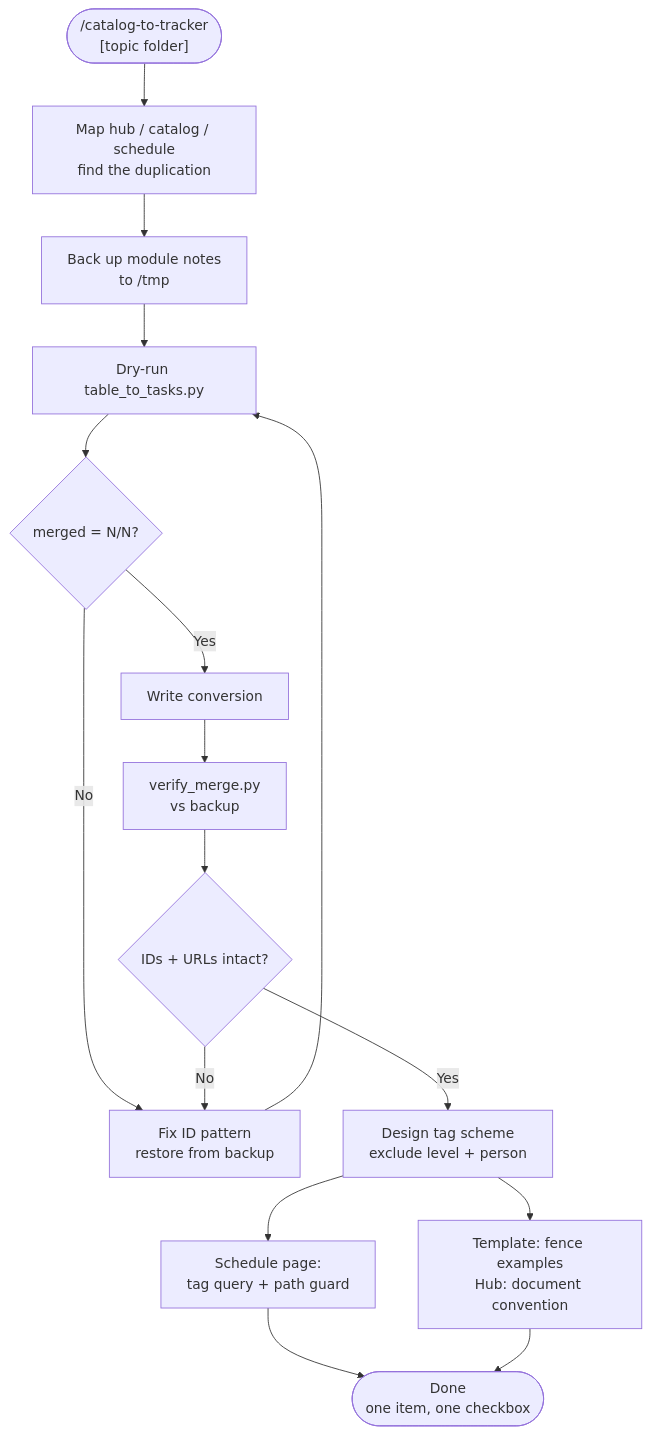
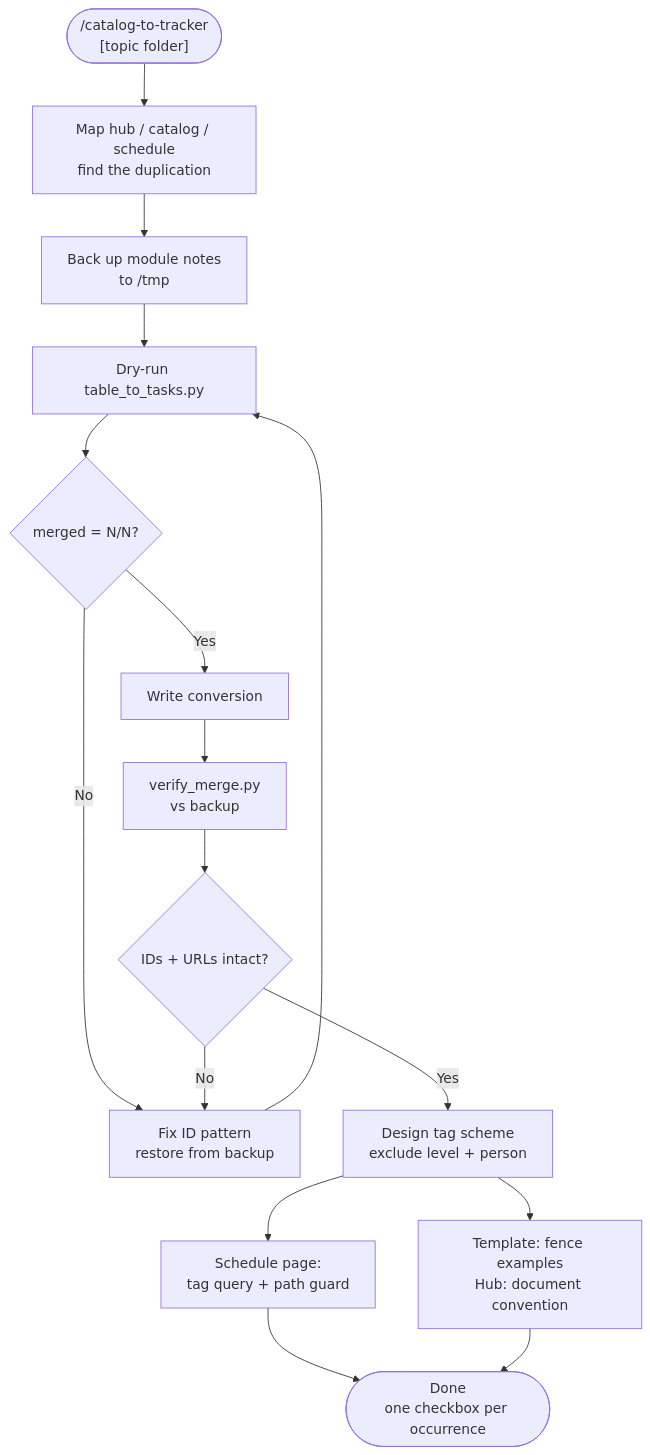
Before and after one commit to biomystery/claude-skills: the diagram in catalog-to-tracker/README.md, drawn with Mermaid. The commit also changed other lines of this file and 6 other files, not shown here.

````diff
--- a/catalog-to-tracker/README.md
+++ b/catalog-to-tracker/README.md
@@ -26,18 +31,18 @@
 ```mermaid
 flowchart TD
     A(["/catalog-to-tracker\n[topic folder]"]) --> B[Map hub / catalog / schedule\nfind the duplication]
     B --> C[Back up module notes\nto /tmp]
     C --> D[Dry-run table_to_tasks.py]
     D --> E{merged = N/N?}
     E -->|No| F[Fix ID pattern\nrestore from backup]
     F --> D
     E -->|Yes| G[Write conversion]
     G --> H[verify_merge.py\nvs backup]
     H --> I{IDs + URLs intact?}
     I -->|No| F
     I -->|Yes| J[Design tag scheme\nexclude level + person]
     J --> K[Schedule page:\ntag query + path guard]
     J --> L[Template: fence examples\nHub: document convention]
-    K --> M(["Done\none item, one checkbox"])
+    K --> M(["Done\none checkbox per occurrence"])
     L --> M
 ```
````
